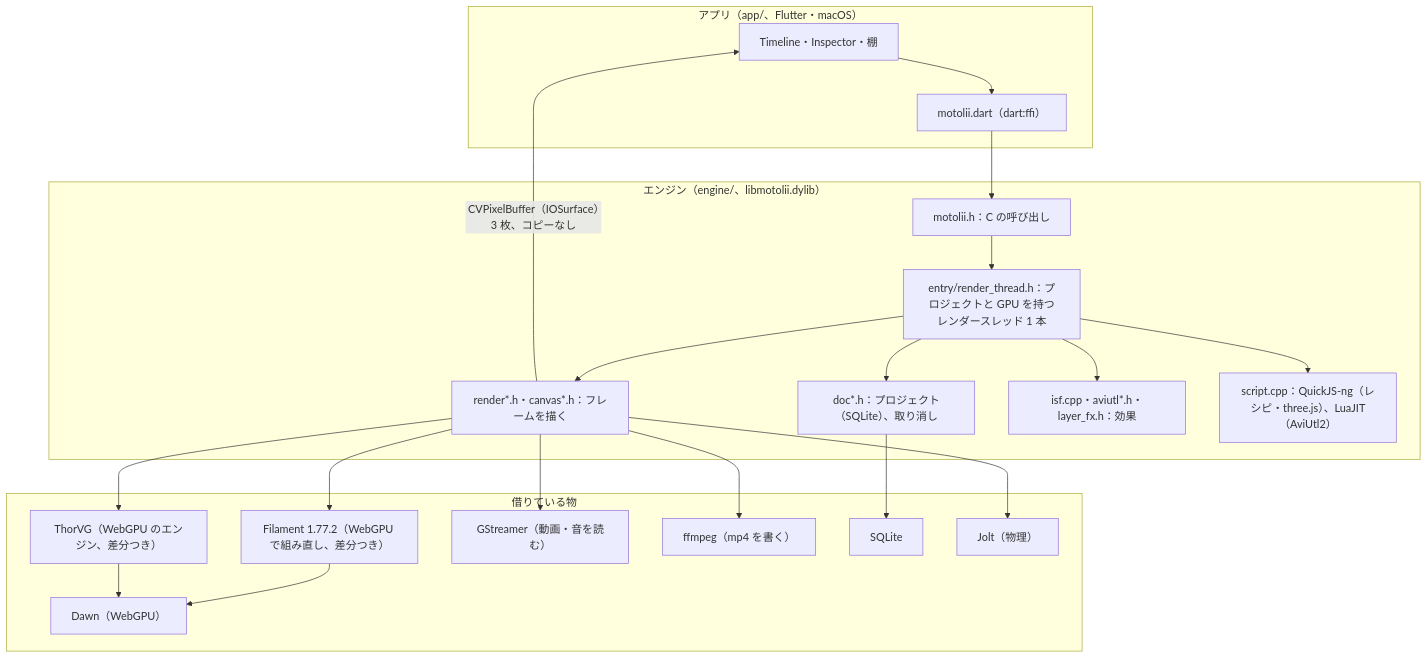
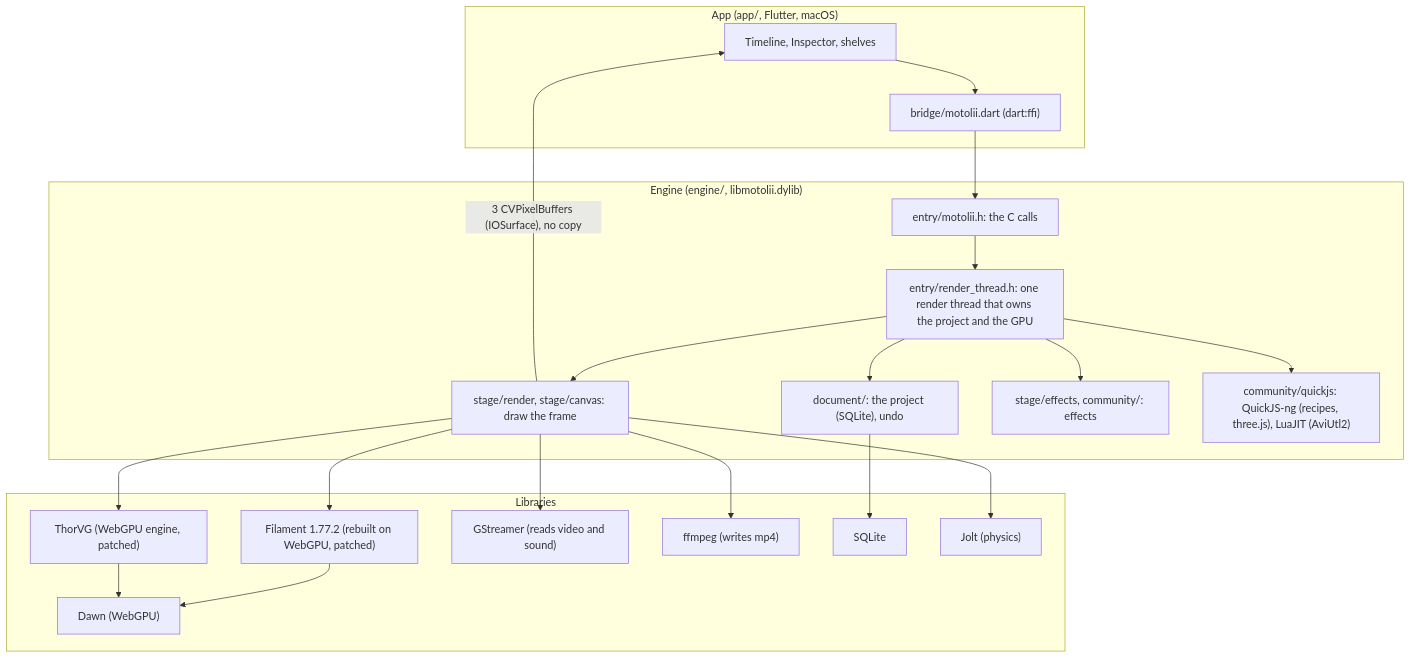
Before and after one commit to oshikaidesu/motolii: the diagram in docs/ARCHITECTURE.md, drawn with Mermaid. The commit also changed other lines of this file and 2 other files, not shown here.

First line of the commit message:
docs: rewrite ARCHITECTURE, BRIDGE and WINDOWS in English

````diff
--- a/docs/ARCHITECTURE.md
+++ b/docs/ARCHITECTURE.md
@@ -9,34 +11,34 @@
 ```mermaid
 flowchart TB
-  subgraph Window["アプリ（app/、Flutter・macOS）"]
-    UI["Timeline・Inspector・棚"]
-    FFI["motolii.dart（dart:ffi）"]
+  subgraph Window["App (app/, Flutter, macOS)"]
+    UI["Timeline, Inspector, shelves"]
+    FFI["bridge/motolii.dart (dart:ffi)"]
   end
-  subgraph Inside["エンジン（engine/、libmotolii.dylib）"]
-    API["motolii.h：C の呼び出し"]
-    Hand["entry/render_thread.h：プロジェクトと GPU を持つレンダースレッド 1 本"]
-    Doc["doc*.h：プロジェクト（SQLite）、取り消し"]
-    Render["render*.h・canvas*.h：フレームを描く"]
-    FX["isf.cpp・aviutl*.h・layer_fx.h：効果"]
-    Script["script.cpp：QuickJS-ng（レシピ・three.js）、LuaJIT（AviUtl2）"]
+  subgraph Inside["Engine (engine/, libmotolii.dylib)"]
+    API["entry/motolii.h: the C calls"]
+    Hand["entry/render_thread.h: one render thread that owns the project and the GPU"]
+    Doc["document/: the project (SQLite), undo"]
+    Render["stage/render, stage/canvas: draw the frame"]
+    FX["stage/effects, community/: effects"]
+    Script["community/quickjs: QuickJS-ng (recipes, three.js), LuaJIT (AviUtl2)"]
   end
-  subgraph Libs["借りている物"]
-    Filament["Filament 1.77.2（WebGPU で組み直し、差分つき）"]
-    ThorVG["ThorVG（WebGPU のエンジン、差分つき）"]
-    Dawn["Dawn（WebGPU）"]
-    Gst["GStreamer（動画・音を読む）"]
-    FF["ffmpeg（mp4 を書く）"]
+  subgraph Libs["Libraries"]
+    Filament["Filament 1.77.2 (rebuilt on WebGPU, patched)"]
+    ThorVG["ThorVG (WebGPU engine, patched)"]
+    Dawn["Dawn (WebGPU)"]
+    Gst["GStreamer (reads video and sound)"]
+    FF["ffmpeg (writes mp4)"]
     SQLite["SQLite"]
-    Jolt["Jolt（物理）"]
+    Jolt["Jolt (physics)"]
   end
   UI --> FFI --> API --> Hand
   Hand --> Doc --> SQLite
   Hand --> Render --> Filament --> Dawn
   Render --> ThorVG --> Dawn
   Hand --> FX
   Hand --> Script
   Render --> Gst
   Render --> FF
   Render --> Jolt
-  Render -- "CVPixelBuffer（IOSurface）3 枚、コピーなし" --> UI
+  Render -- "3 CVPixelBuffers (IOSurface), no copy" --> UI
 ```
````
